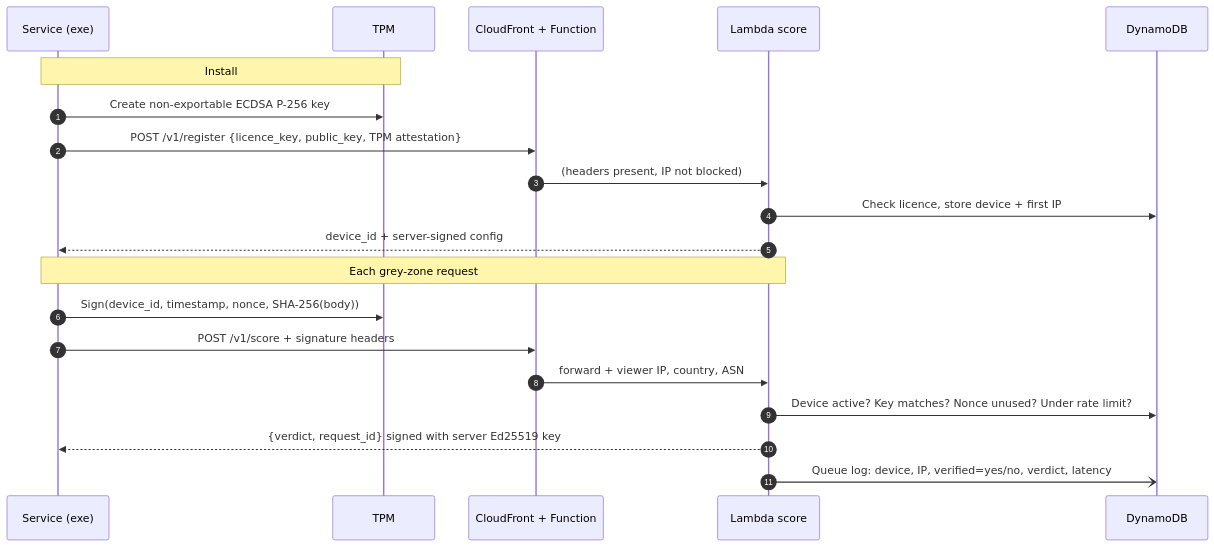
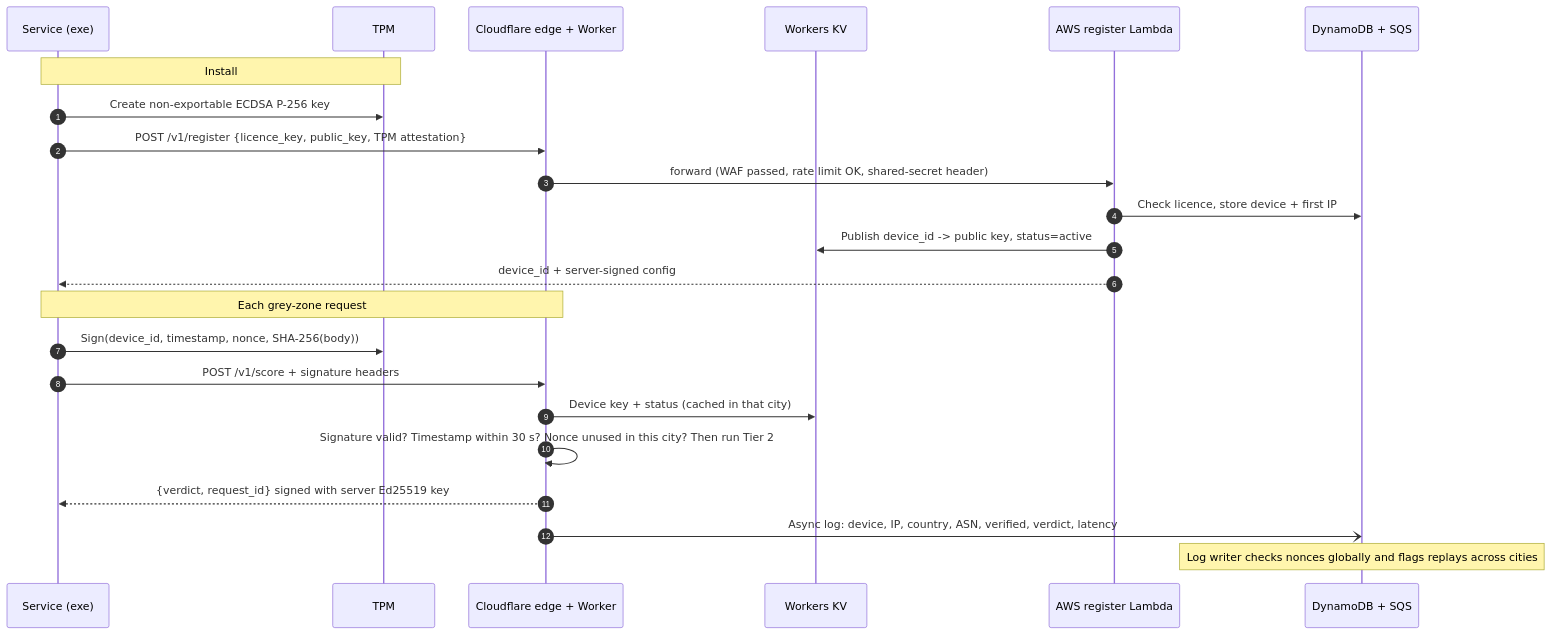
The second of 5 diagrams in docs/PROD_ARCHITECTURE.md (RKG765/Behavioral-Cyber-Resilient-Detection-Framework-for-Early-Detection-of-Ransomware-Attacks), drawn with Mermaid before and after one commit. The commit also changed other lines of this file, not shown here.

First line of the commit message:
Plan rev 3: Cloudflare + AWS, cloud observability, strong login, attack resistance

````diff
--- a/docs/PROD_ARCHITECTURE.md
+++ b/docs/PROD_ARCHITECTURE.md
@@ -111,24 +160,27 @@
 ```mermaid
 sequenceDiagram
     autonumber
     participant A as Service (exe)
     participant T as TPM
-    participant E as CloudFront + Function
-    participant L as Lambda score
-    participant D as DynamoDB
+    participant C as Cloudflare edge + Worker
+    participant K as Workers KV
+    participant R as AWS register Lambda
+    participant D as DynamoDB + SQS
 
     Note over A,T: Install
     A->>T: Create non-exportable ECDSA P-256 key
-    A->>E: POST /v1/register {licence_key, public_key, TPM attestation}
-    E->>L: (headers present, IP not blocked)
-    L->>D: Check licence, store device + first IP
-    L-->>A: device_id + server-signed config
+    A->>C: POST /v1/register {licence_key, public_key, TPM attestation}
+    C->>R: forward (WAF passed, rate limit OK, shared-secret header)
+    R->>D: Check licence, store device + first IP
+    R->>K: Publish device_id -> public key, status=active
+    R-->>A: device_id + server-signed config
 
-    Note over A,L: Each grey-zone request
+    Note over A,C: Each grey-zone request
     A->>T: Sign(device_id, timestamp, nonce, SHA-256(body))
-    A->>E: POST /v1/score + signature headers
-    E->>L: forward + viewer IP, country, ASN
-    L->>D: Device active? Key matches? Nonce unused? Under rate limit?
-    L-->>A: {verdict, request_id} signed with server Ed25519 key
-    L-)D: Queue log: device, IP, verified=yes/no, verdict, latency
+    A->>C: POST /v1/score + signature headers
+    C->>K: Device key + status (cached in that city)
+    C->>C: Signature valid? Timestamp within 30 s? Nonce unused in this city? Then run Tier 2
+    C-->>A: {verdict, request_id} signed with server Ed25519 key
+    C-)D: Async log: device, IP, country, ASN, verified, verdict, latency
+    Note over D: Log writer checks nonces globally and flags replays across cities
 ```
````
